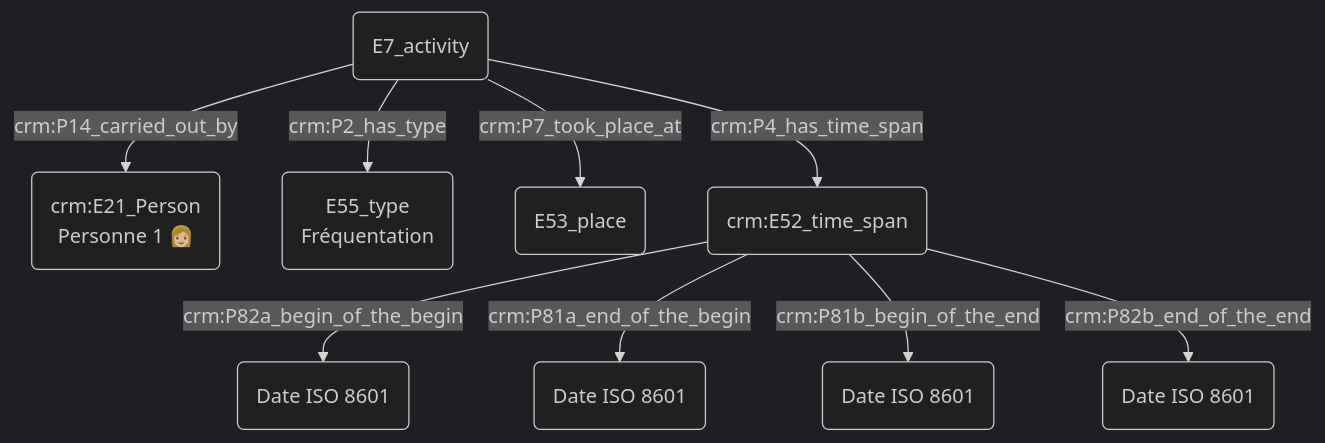
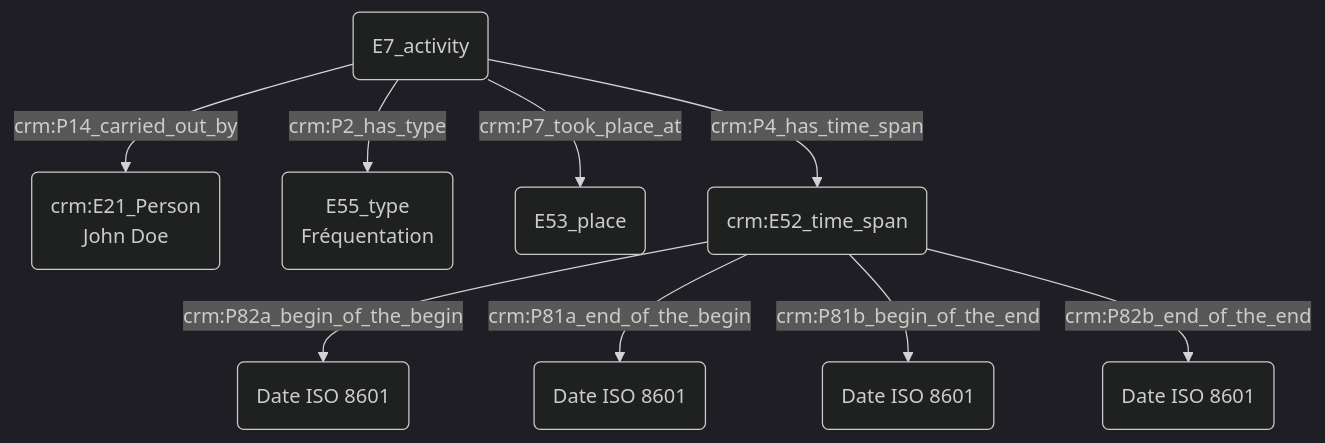
One commit to Amleth/consortium-musica2-gt2-ontologies changed the diagram in modules/livrables/Dossier 2/Prosopographie/fréquentation d'un lieu à un instant donné.md. Above: the diagram before and after it, drawn with Mermaid (dark theme).

Commit message:
Update fréquentation d'un lieu à un instant donné.md

````diff
--- a/modules/livrables/Dossier 2/Prosopographie/fréquentation d'un lieu à un instant donné.md
+++ b/modules/livrables/Dossier 2/Prosopographie/fréquentation d'un lieu à un instant donné.md
@@ -17,14 +17,14 @@
 ```mermaid
 graph TD;
 
-B(E7_activity) -->|crm:P14_carried_out_by| A("crm:E21_Person<br>Personne 1 👩🏼")
+B(E7_activity) -->|crm:P14_carried_out_by| A("crm:E21_Person<br>John Doe")
 B(E7_activity) -->|crm:P2_has_type| C(E55_type<br>Fréquentation)
 
 B(E7_activity) -->|crm:P7_took_place_at| I(E53_place)
 
 B(E7_activity) --> |crm:P4_has_time_span| D(crm:E52_time_span)
 D(crm:E52_time_span) --> |crm:P82a_begin_of_the_begin| E("Date ISO 8601")
 D(crm:E52_time_span) --> |crm:P81a_end_of_the_begin| F("Date ISO 8601")
 D(crm:E52_time_span) --> |crm:P81b_begin_of_the_end|G("Date ISO 8601")
 D(crm:E52_time_span) --> |crm:P82b_end_of_the_end| H("Date ISO 8601")
 ```
````
